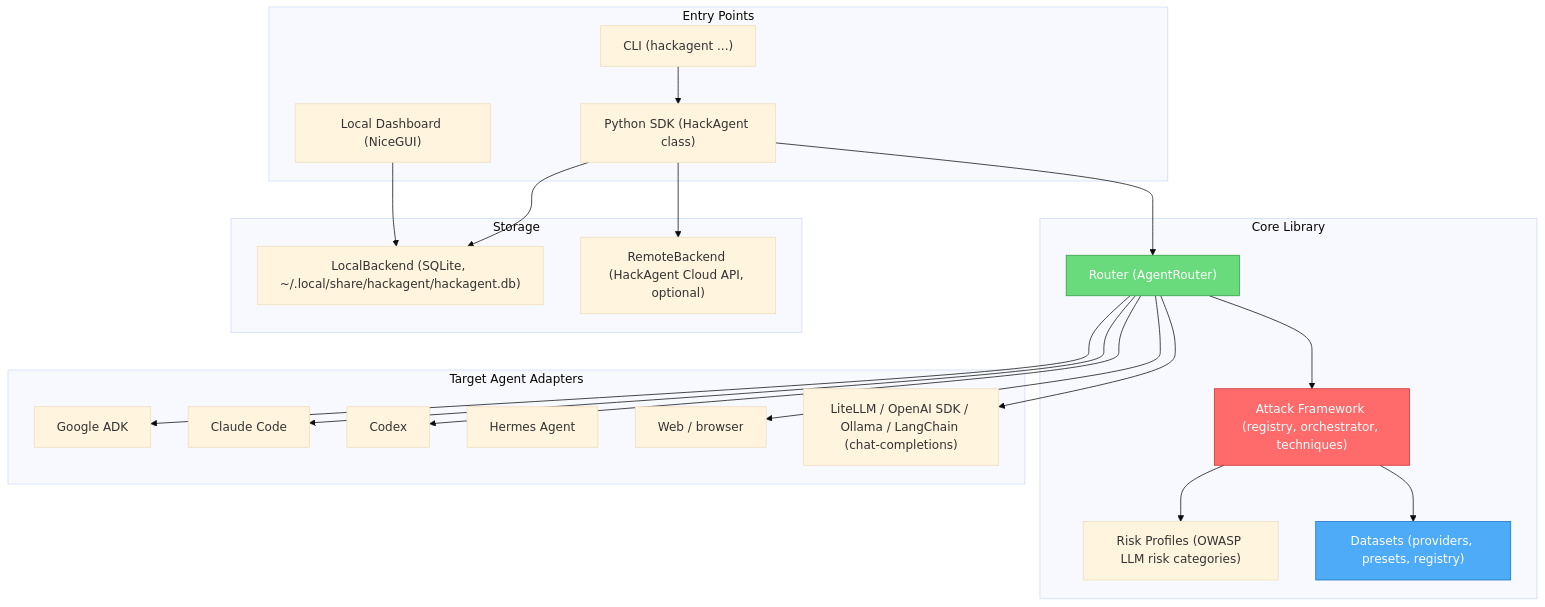
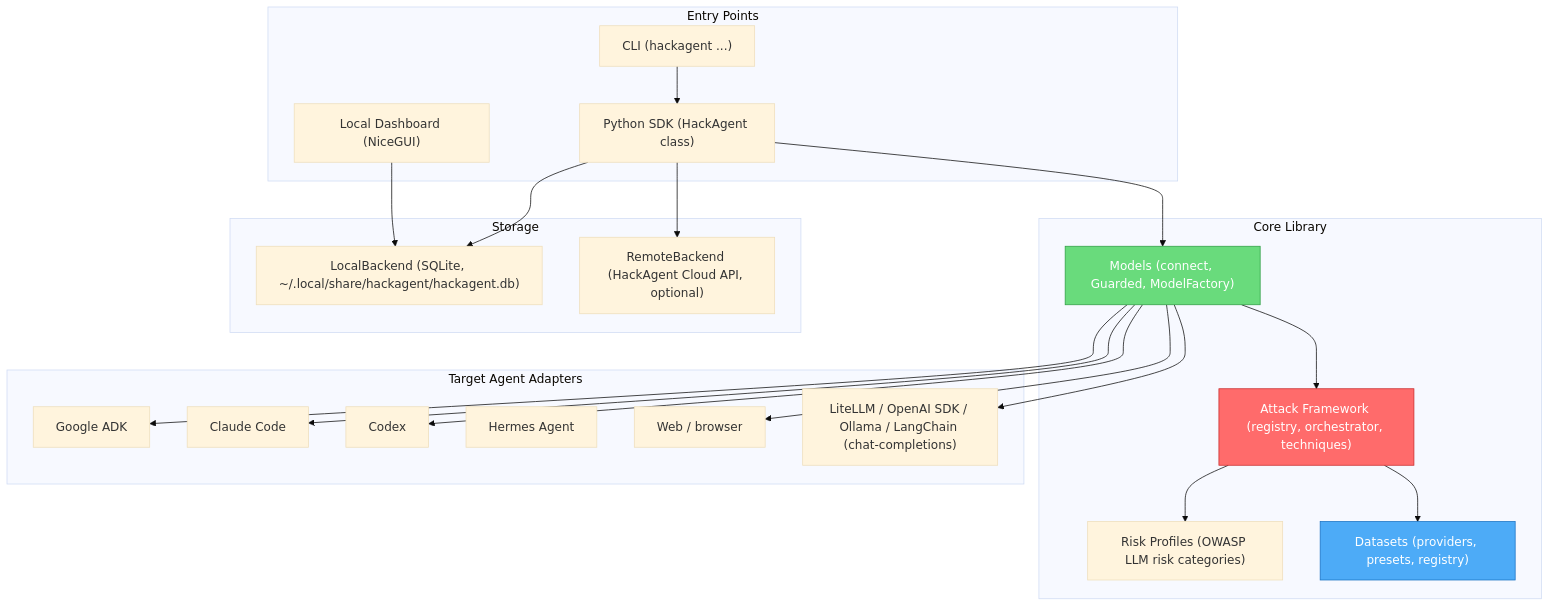
One commit to AISecurityLab/hackagent changed the first of 2 diagrams in docs/docs/architecture/system-overview.mdx. Above: the diagram before and after it, drawn with Mermaid (base theme). The commit also changed other lines of this file and 43 other files, not shown here.

````diff
--- a/docs/docs/architecture/system-overview.mdx
+++ b/docs/docs/architecture/system-overview.mdx
@@ -11,50 +11,50 @@
 ```mermaid
 graph TB
     subgraph "Entry Points"
         SDK["Python SDK (HackAgent class)"]
         CLI["CLI (hackagent ...)"]
         DASH["Local Dashboard (NiceGUI)"]
     end
 
     subgraph "Core Library"
-        ROUTER["Router (AgentRouter)"]
+        ROUTER["Models (connect, Guarded, ModelFactory)"]
         ATTACKS["Attack Framework (registry, orchestrator, techniques)"]
         RISKS["Risk Profiles (OWASP LLM risk categories)"]
         DATASETS["Datasets (providers, presets, registry)"]
     end
 
     subgraph "Storage"
         LOCAL["LocalBackend (SQLite, ~/.local/share/hackagent/hackagent.db)"]
         REMOTE["RemoteBackend (HackAgent Cloud API, optional)"]
     end
 
     subgraph "Target Agent Adapters"
         ADK["Google ADK"]
         CLAUDE["Claude Code"]
         CODEX["Codex"]
         HERMES["Hermes Agent"]
         WEBP["Web / browser"]
         CHAT["LiteLLM / OpenAI SDK / Ollama / LangChain (chat-completions)"]
     end
 
     SDK --> ROUTER
     CLI --> SDK
     DASH --> LOCAL
 
     ROUTER --> ATTACKS
     ATTACKS --> RISKS
     ATTACKS --> DATASETS
 
     ROUTER --> ADK
     ROUTER --> CLAUDE
     ROUTER --> CODEX
     ROUTER --> WEBP
     ROUTER --> CHAT
 
     SDK --> LOCAL
     SDK --> REMOTE
 
     style ATTACKS fill:#ff6b6b,stroke:#c92a2a,color:#fff
     style DATASETS fill:#4dabf7,stroke:#1971c2,color:#fff
     style ROUTER fill:#69db7c,stroke:#2f9e44,color:#fff
 ```
````
